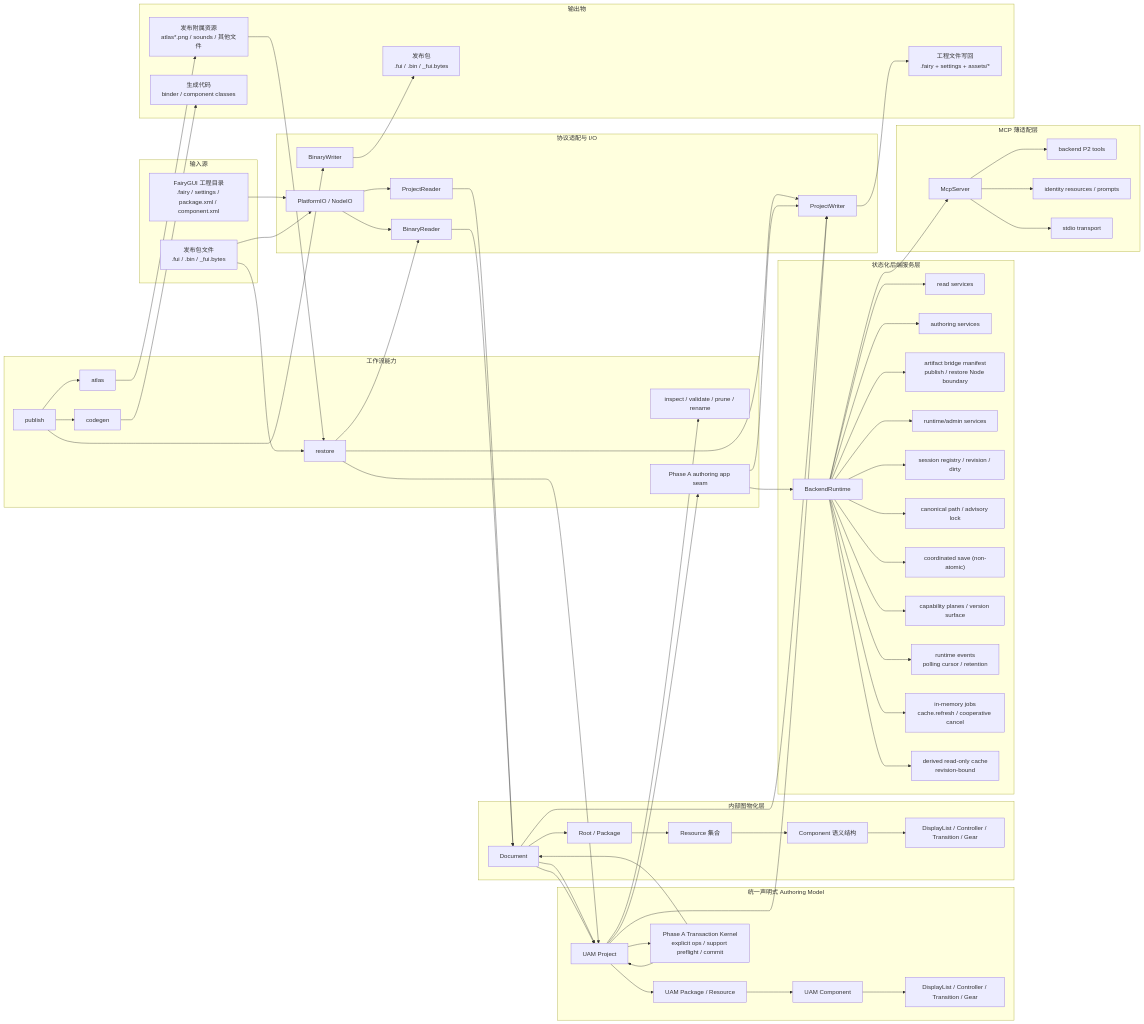
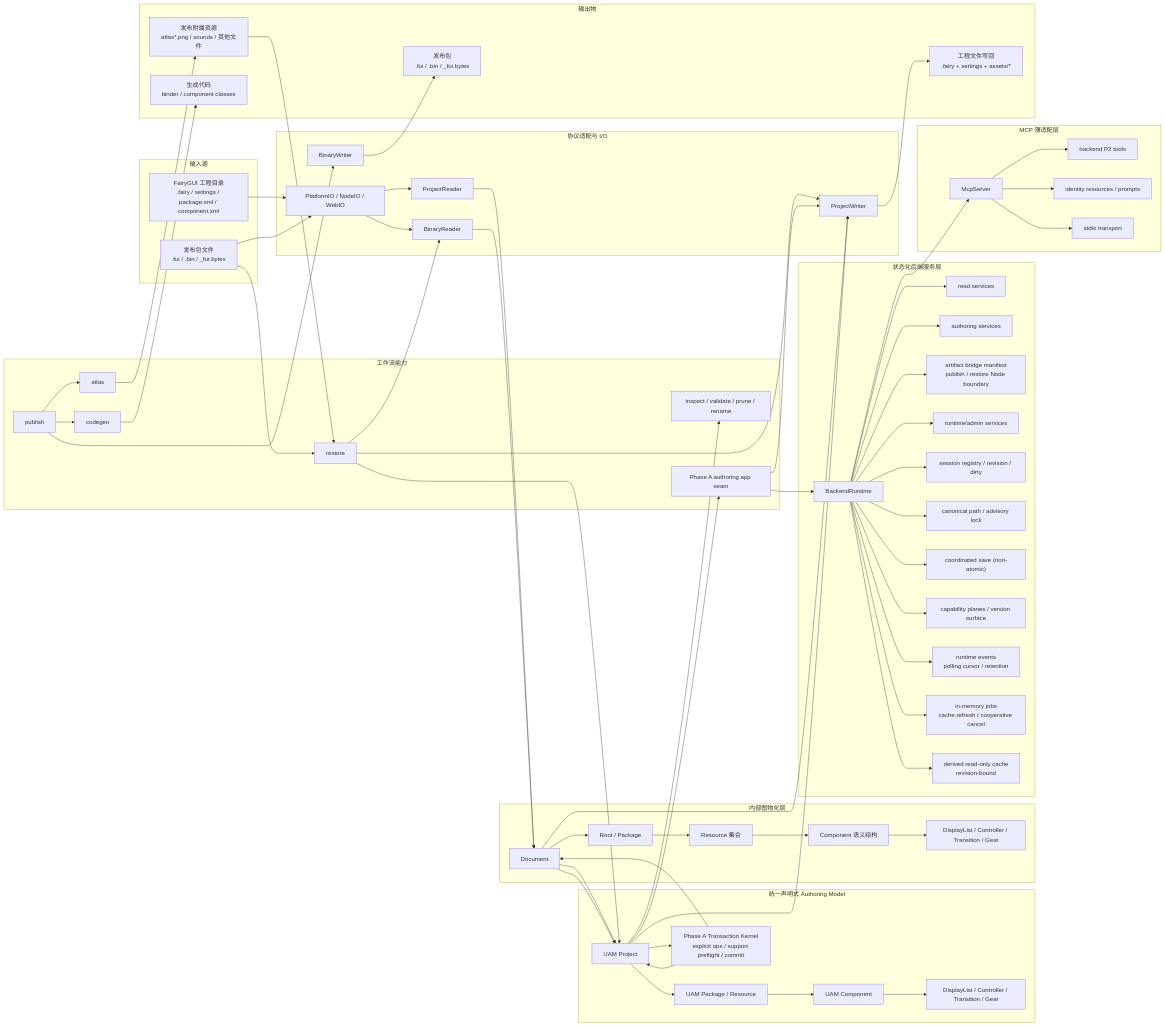
The first of 2 diagrams in docs/architecture-overview.md (OpenFairyGUI/OpenFairyGUI), drawn with Mermaid before and after one commit. The commit also changed other lines of this file and 8 other files, not shown here.

```diff
--- a/docs/architecture-overview.md
+++ b/docs/architecture-overview.md
@@ -17,7 +17,7 @@
     end
 
     subgraph IO["协议适配与 I/O"]
-        FS["PlatformIO / NodeIO"]
+        FS["PlatformIO / NodeIO / WebIO"]
         PR["ProjectReader"]
         BR["BinaryReader"]
         PW["ProjectWriter"]
```
